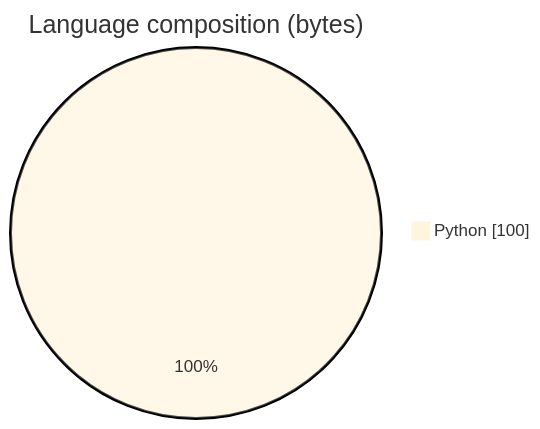
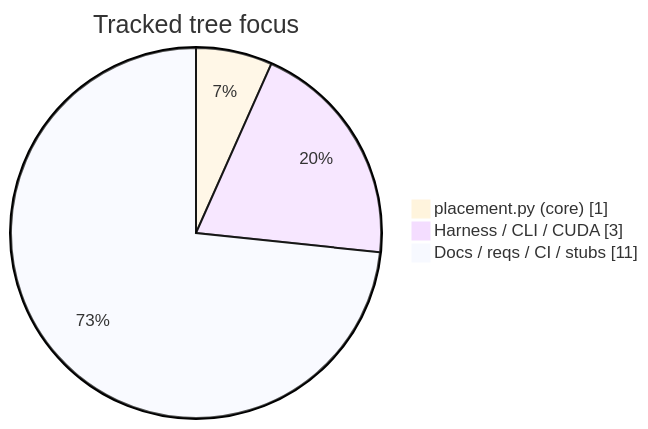
One commit to ArchanaChetan07/GradPlace changed the sixth of 6 diagrams in README.md. Above: the diagram before and after it, drawn with Mermaid. The commit also changed other lines of this file, not shown here.

Commit message:
docs: professional GradPlace README with verified placement metrics

````diff
--- a/README.md
+++ b/README.md
@@ -67,5 +213,7 @@
 ```mermaid
 %%{init: {'theme':'base'}}%%
-pie showData title Language composition (bytes)
-    "Python" : 100
+pie showData title Tracked tree focus
+    "placement.py (core)" : 1
+    "Harness / CLI / CUDA" : 3
+    "Docs / reqs / CI / stubs" : 11
 ```
````
